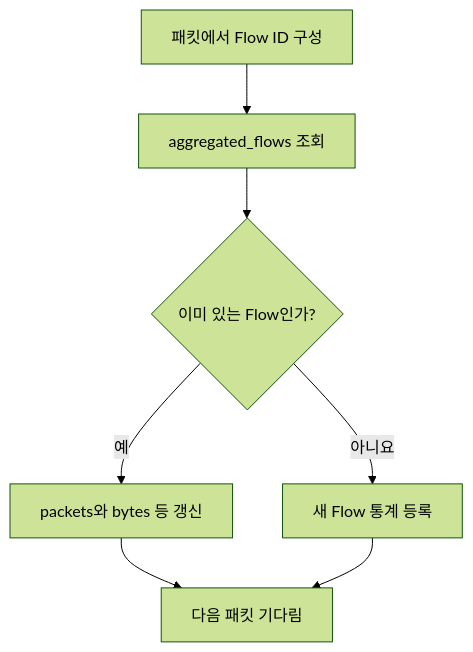
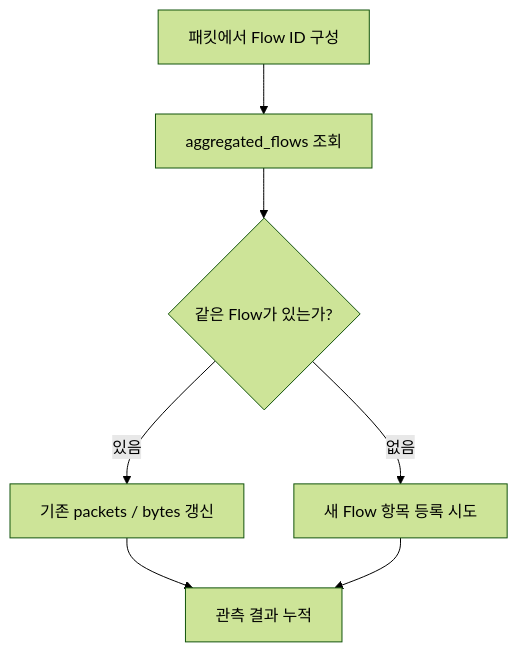
One commit to eunbyul2/eunbyul2.github.io changed the third of 3 diagrams in _posts/study-Learning_ebpf/2026-10-17-OpenSource-NetObserv.md. Above: the diagram before and after it, drawn with Mermaid (forest theme). The commit also changed other lines of this file, not shown here.

````diff
--- a/_posts/study-Learning_ebpf/2026-10-17-OpenSource-NetObserv.md
+++ b/_posts/study-Learning_ebpf/2026-10-17-OpenSource-NetObserv.md
@@ -192,9 +146,9 @@
 ```mermaid
 flowchart TD
     A[패킷에서 Flow ID 구성] --> B[aggregated_flows 조회]
-    B --> C{이미 있는 Flow인가?}
-    C -->|예| D[packets와 bytes 등 갱신]
-    C -->|아니요| E[새 Flow 통계 등록]
-    D --> F[다음 패킷 기다림]
+    B --> C{같은 Flow가 있는가?}
+    C -->|있음| D[기존 packets / bytes 갱신]
+    C -->|없음| E[새 Flow 항목 등록 시도]
+    D --> F[관측 결과 누적]
     E --> F
 ```
````
